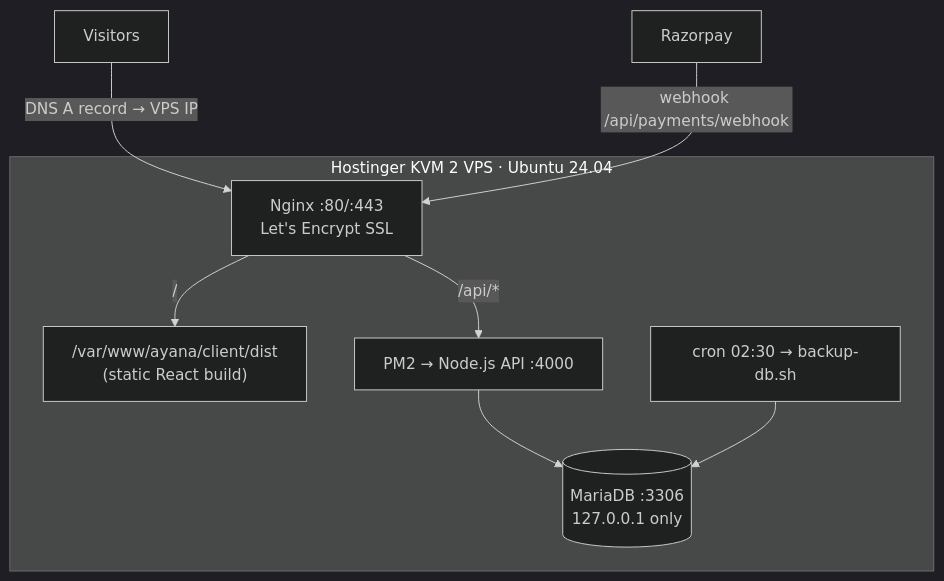
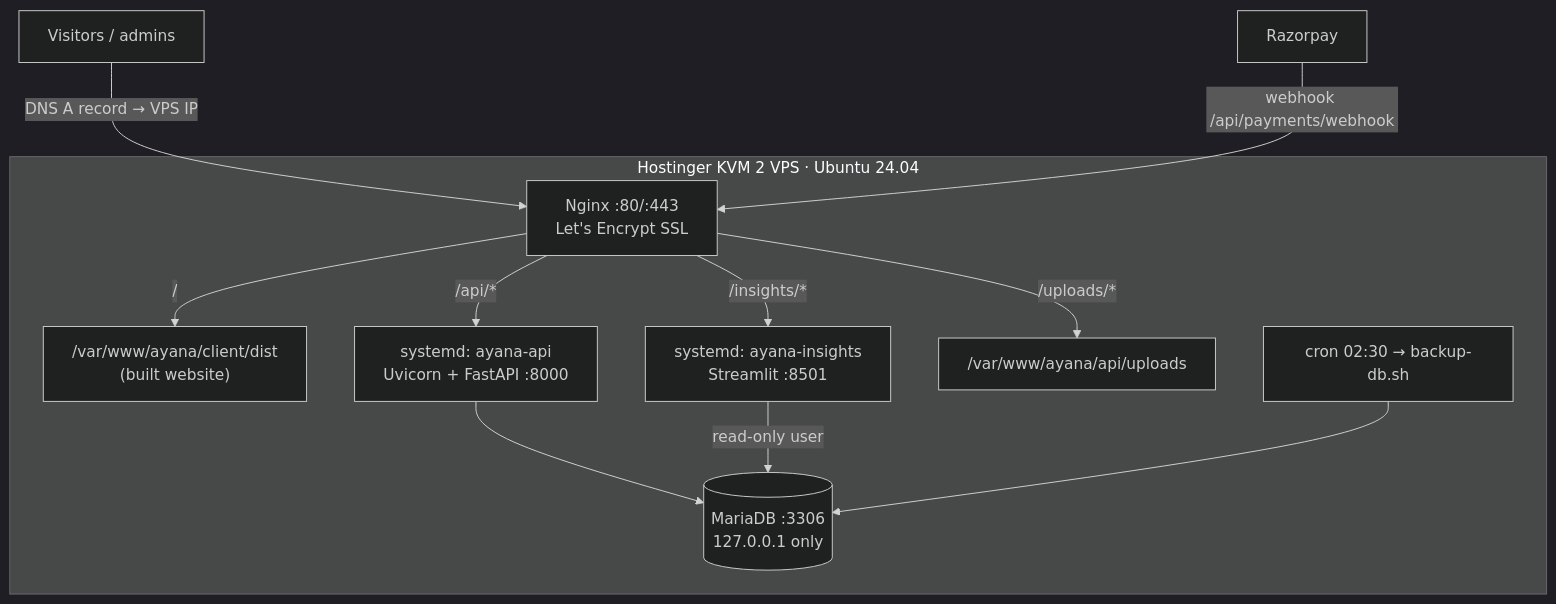
Before and after one commit to saurav1231/saurav1231: the diagram in docs/05-hostinger-deployment.md, drawn with Mermaid (dark theme). The commit also changed other lines of this file and 17 other files, not shown here.

First line of the commit message:
Update all guides for the Python API and add the Ayana Insights guide

````diff
--- a/docs/05-hostinger-deployment.md
+++ b/docs/05-hostinger-deployment.md
@@ -13,11 +15,14 @@
 ```mermaid
 flowchart TB
-  U["Visitors"] -->|"DNS A record → VPS IP"| N
+  U["Visitors / admins"] -->|"DNS A record → VPS IP"| N
   subgraph VPS["Hostinger KVM 2 VPS · Ubuntu 24.04"]
-    N["Nginx :80/:443<br/>Let's Encrypt SSL"] -->|"/"| S["/var/www/ayana/client/dist<br/>(static React build)"]
-    N -->|"/api/*"| P["PM2 → Node.js API :4000"]
-    P --> M[("MariaDB :3306<br/>127.0.0.1 only")]
+    N["Nginx :80/:443<br/>Let's Encrypt SSL"] -->|"/"| S["/var/www/ayana/client/dist<br/>(built website)"]
+    N -->|"/api/*"| A["systemd: ayana-api<br/>Uvicorn + FastAPI :8000"]
+    N -->|"/insights/*"| I["systemd: ayana-insights<br/>Streamlit :8501"]
+    N -->|"/uploads/*"| F["/var/www/ayana/api/uploads"]
+    A --> M[("MariaDB :3306<br/>127.0.0.1 only")]
+    I -->|"read-only user"| M
     C["cron 02:30 → backup-db.sh"] --> M
   end
   R["Razorpay"] -->|"webhook /api/payments/webhook"| N
 ```
````
